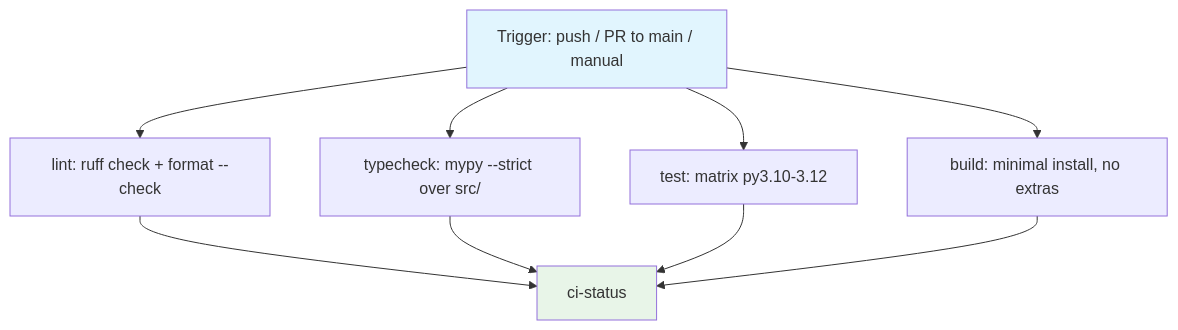
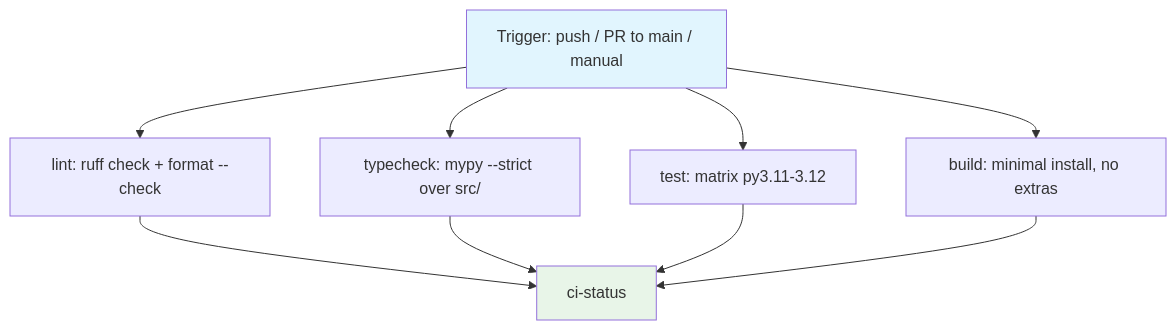
The diagram in spec/spec-process-cicd-ci.md (davidouagne/datahub-yaml-source), drawn with Mermaid before and after one commit. The commit also changed other lines of this file and 9 other files, not shown here.

````diff
--- a/spec/spec-process-cicd-ci.md
+++ b/spec/spec-process-cicd-ci.md
@@ -48,14 +48,14 @@
 ```mermaid
 graph TD
     A[Trigger: push / PR to main / manual] --> B[lint: ruff check + format --check]
     A --> C[typecheck: mypy --strict over src/]
-    A --> D[test: matrix py3.10-3.12]
+    A --> D[test: matrix py3.11-3.12]
     A --> E[build: minimal install, no extras]
     B --> F[ci-status]
     C --> F[ci-status]
     D --> F[ci-status]
     E --> F[ci-status]
 
     style A fill:#e1f5fe
     style F fill:#e8f5e8
 ```
````
